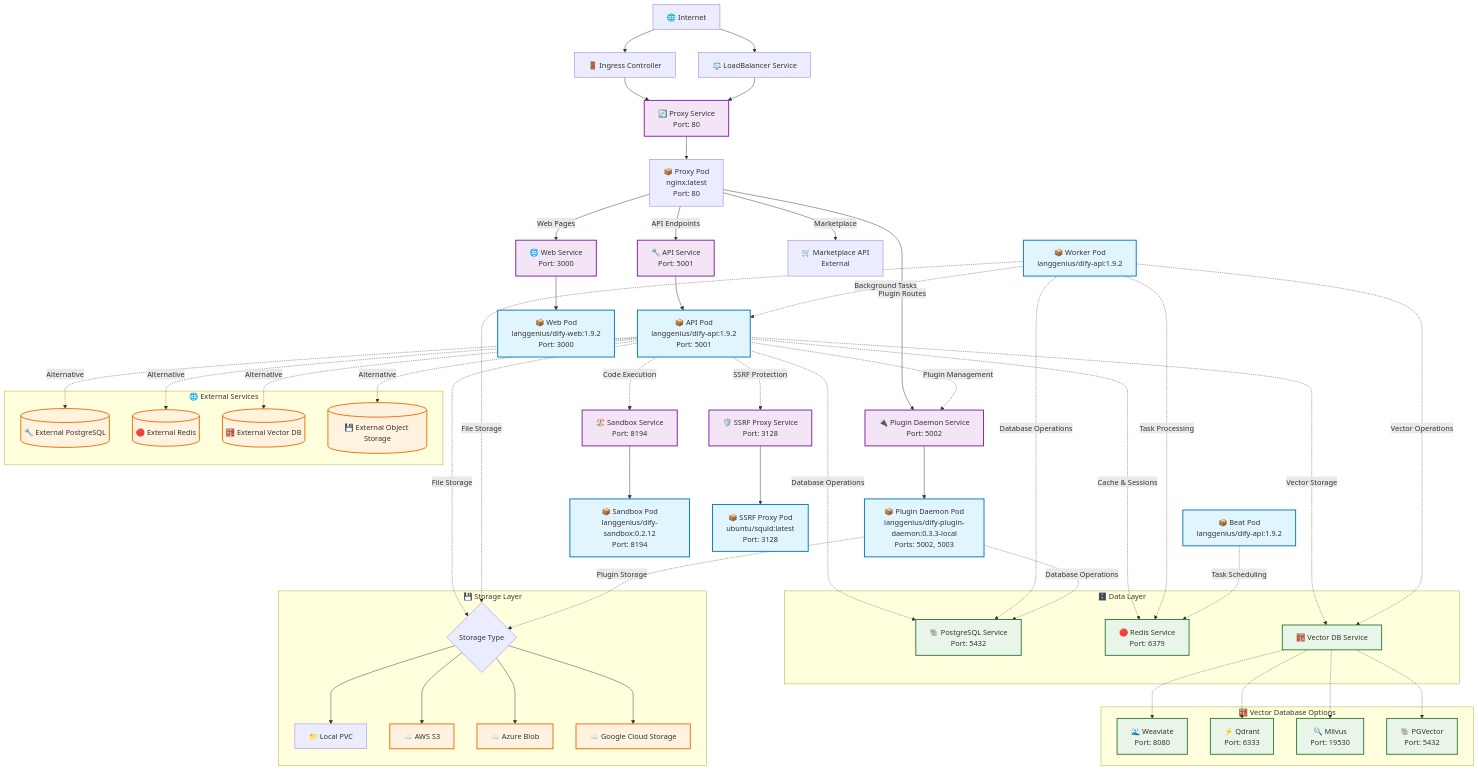
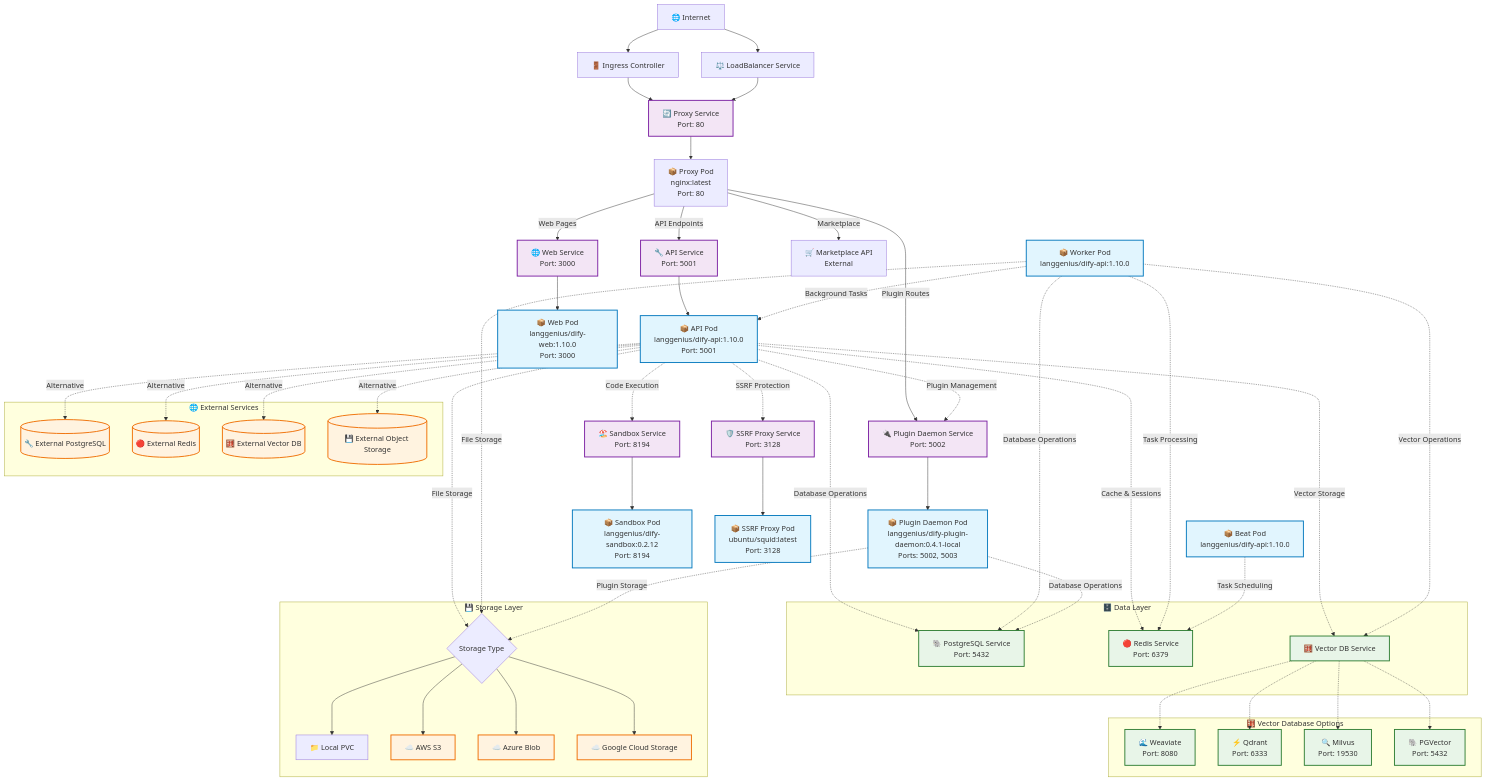
Before and after one commit to BorisPolonsky/dify-helm: the diagram in README.md, drawn with Mermaid. The commit also changed other lines of this file and 14 other files, not shown here.

```diff
--- a/README.md
+++ b/README.md
@@ -39,15 +39,15 @@
     ProxyPod -->|Marketplace| MarketplaceAPI[🛒 Marketplace API<br/>External]
 
     %% Backend Pods
-    APIService --> APIPod[📦 API Pod<br/>langgenius/dify-api:1.9.2<br/>Port: 5001]
-    WebService --> WebPod[📦 Web Pod<br/>langgenius/dify-web:1.9.2<br/>Port: 3000]
-    PluginService --> PluginPod[📦 Plugin Daemon Pod<br/>langgenius/dify-plugin-daemon:0.3.3-local<br/>Ports: 5002, 5003]
+    APIService --> APIPod[📦 API Pod<br/>langgenius/dify-api:1.10.0<br/>Port: 5001]
+    WebService --> WebPod[📦 Web Pod<br/>langgenius/dify-web:1.10.0<br/>Port: 3000]
+    PluginService --> PluginPod[📦 Plugin Daemon Pod<br/>langgenius/dify-plugin-daemon:0.4.1-local<br/>Ports: 5002, 5003]
 
     %% Worker Pod (Background Processing)
-    WorkerPod[📦 Worker Pod<br/>langgenius/dify-api:1.9.2]
+    WorkerPod[📦 Worker Pod<br/>langgenius/dify-api:1.10.0]
 
     %% Beat Pod (Periodic task scheduler)
-    BeatPod[📦 Beat Pod<br/>langgenius/dify-api:1.9.2]
+    BeatPod[📦 Beat Pod<br/>langgenius/dify-api:1.10.0]
 
     %% Sandbox Service
     SandboxService[🏖️ Sandbox Service<br/>Port: 8194] --> SandboxPod[📦 Sandbox Pod<br/>langgenius/dify-sandbox:0.2.12<br/>Port: 8194]
```
